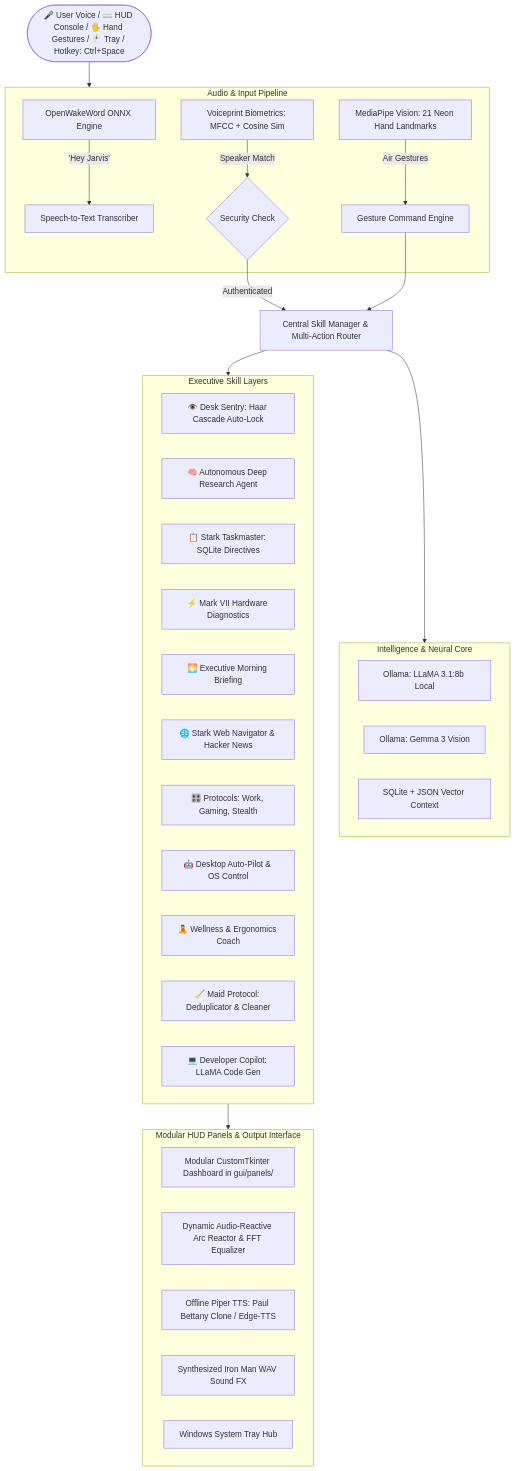
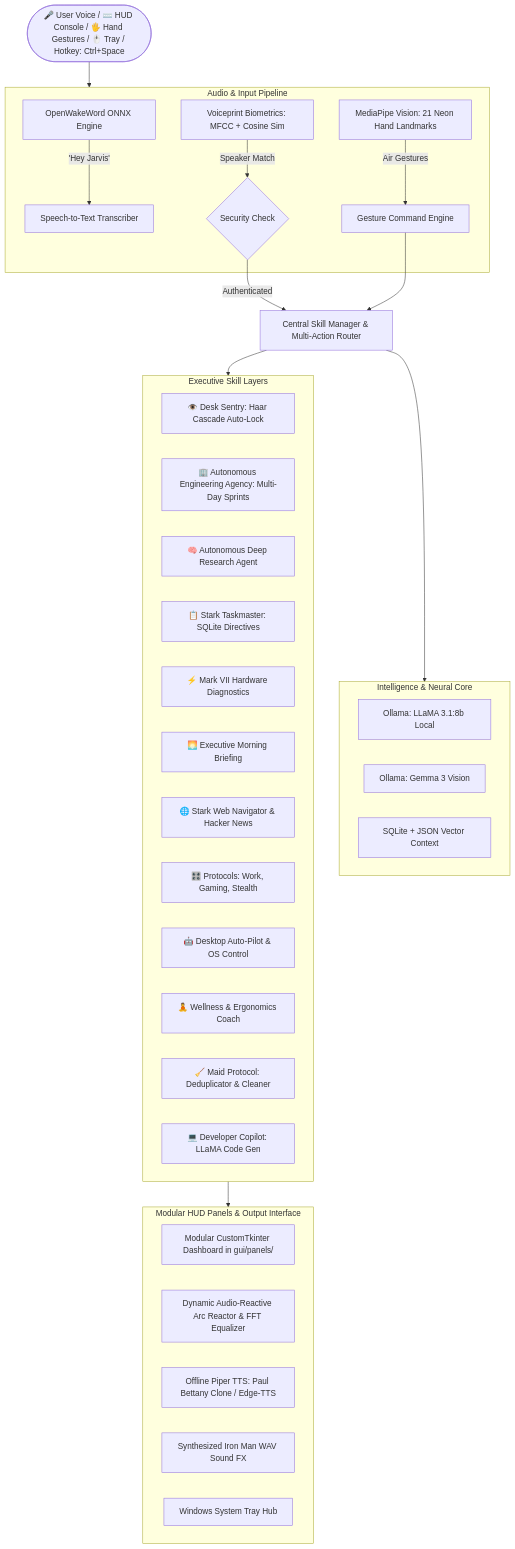
The diagram in README.md (Pothinasreeram/Jarvis), drawn with Mermaid before and after one commit. The commit also changed other lines of this file and 13 other files, not shown here.

Commit message:
feat(agency): add multi-day agile autonomous software engineering agency and morning standup sync

````diff
--- a/README.md
+++ b/README.md
@@ -22,46 +22,47 @@
 ```mermaid
 graph TD
     User([🎤 User Voice / ⌨️ HUD Console / 🖐️ Hand Gestures / 🖱️ Tray / Hotkey: Ctrl+Space]) --> AudioPipeline[Voice & Input Pipeline]
     
     subgraph AudioPipeline [Audio & Input Pipeline]
         OWW[OpenWakeWord ONNX Engine] --> |'Hey Jarvis'| STT[Speech-to-Text Transcriber]
         VP[Voiceprint Biometrics: MFCC + Cosine Sim] --> |Speaker Match| Gatekeeper{Security Check}
         Gestures[MediaPipe Vision: 21 Neon Hand Landmarks] --> |Air Gestures| GestureRouter[Gesture Command Engine]
     end
 
     Gatekeeper --> |Authenticated| CoreRouter[Central Skill Manager & Multi-Action Router]
     GestureRouter --> CoreRouter
 
     subgraph IntelligenceCore [Intelligence & Neural Core]
         LLM[Ollama: LLaMA 3.1:8b Local]
         VisionLLM[Ollama: Gemma 3 Vision]
         Memory[SQLite + JSON Vector Context]
     end
 
     CoreRouter --> IntelligenceCore
-    CoreRouter --> ExecutiveSkills[42 Modular Voice Skills]
+    CoreRouter --> ExecutiveSkills[43 Modular Voice Skills]
 
     subgraph ExecutiveSkills [Executive Skill Layers]
         Sentry[👁️ Desk Sentry: Haar Cascade Auto-Lock]
+        Agency[🏢 Autonomous Engineering Agency: Multi-Day Sprints]
         Research[🧠 Autonomous Deep Research Agent]
         Taskmaster[📋 Stark Taskmaster: SQLite Directives]
         Diagnostics[⚡ Mark VII Hardware Diagnostics]
         Briefing[🌅 Executive Morning Briefing]
         WebNav[🌐 Stark Web Navigator & Hacker News]
         Protocols[🎛️ Protocols: Work, Gaming, Stealth]
         AutoPilot[🤖 Desktop Auto-Pilot & OS Control]
         Wellness[🧘 Wellness & Ergonomics Coach]
         Maid[🧹 Maid Protocol: Deduplicator & Cleaner]
         CodingCopilot[💻 Developer Copilot: LLaMA Code Gen]
     end
 
     ExecutiveSkills --> FeedbackLoop[HUD Telemetry & Audio Dispatch]
     
     subgraph FeedbackLoop [Modular HUD Panels & Output Interface]
         HUD[Modular CustomTkinter Dashboard in gui/panels/]
         ArcReactor[Dynamic Audio-Reactive Arc Reactor & FFT Equalizer]
         PiperTTS[Offline Piper TTS: Paul Bettany Clone / Edge-TTS]
         SoundFX[Synthesized Iron Man WAV Sound FX]
         Tray[Windows System Tray Hub]
     end
 ```
````
